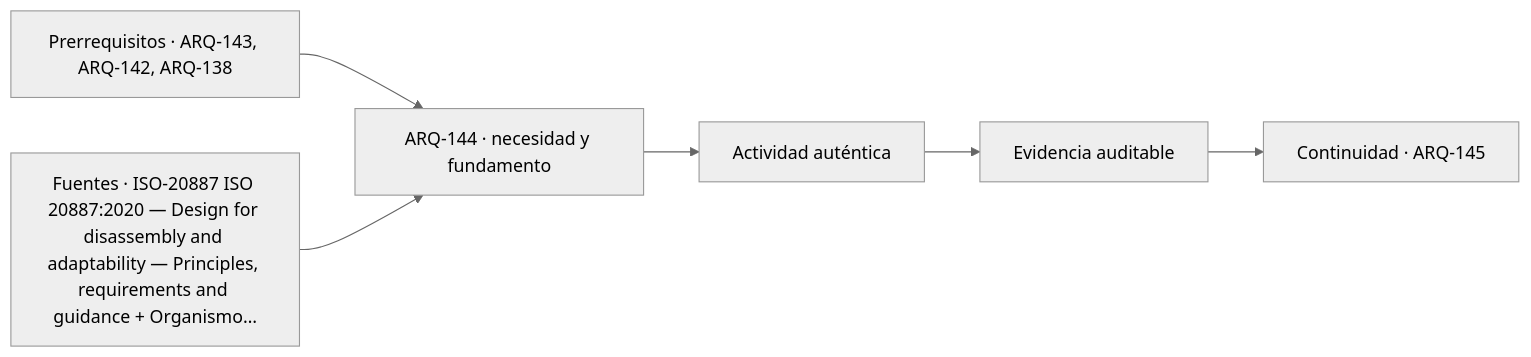
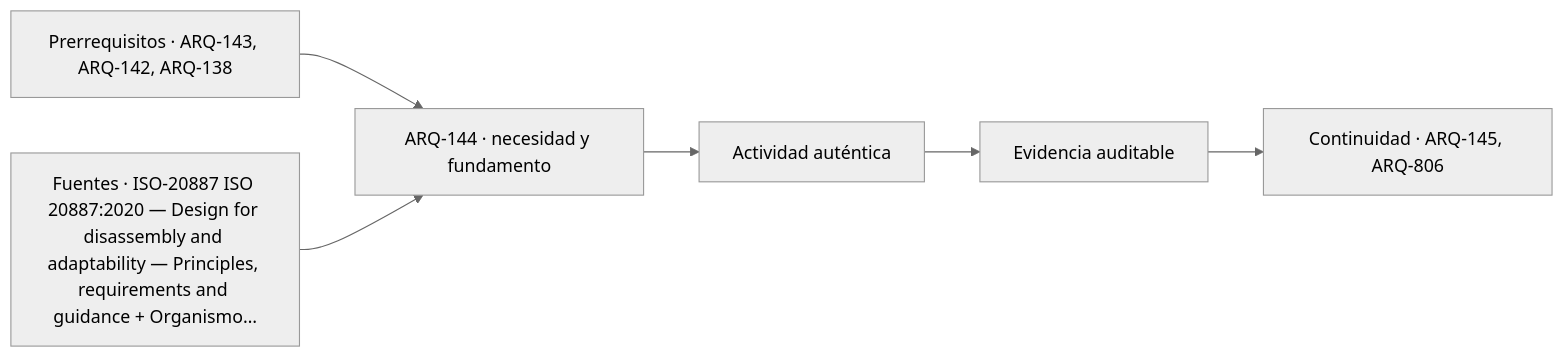
One commit to vladimiracunadev-create/architecture-built-environment-learning-program changed the diagram in classes/parte-15/ARQ-144.md. Above: the diagram before and after it, drawn with Mermaid (neutral theme). The commit also changed other lines of this file and 234 other files, not shown here.

````diff
--- a/classes/parte-15/ARQ-144.md
+++ b/classes/parte-15/ARQ-144.md
@@ -120,8 +120,8 @@
 ```mermaid
 flowchart LR
     A["Prerrequisitos · ARQ-143, ARQ-142, ARQ-138"] --> B["ARQ-144 · necesidad y fundamento"]
     S["Fuentes · ISO-20887 ISO 20887:2020 — Design for disassembly and adaptability — Principles, requirements and guidance + Organismo…"] --> B
     B --> C["Actividad auténtica"]
     C --> D["Evidencia auditable"]
-    D --> E["Continuidad · ARQ-145"]
+    D --> E["Continuidad · ARQ-145, ARQ-806"]
 ```
````
